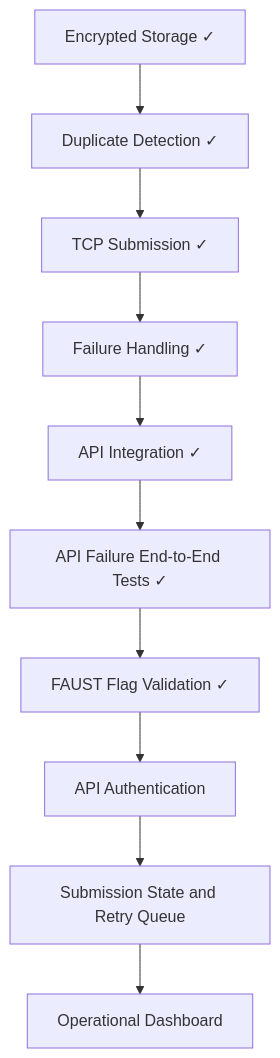
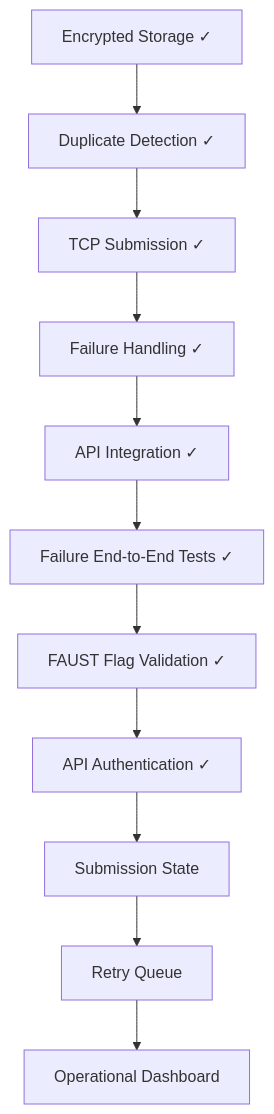
One commit to Denis-Krueger-labs/MOTH changed diagram 14 of 14 in README.md. Above: the diagram before and after it, drawn with Mermaid. The commit also changed other lines of this file, not shown here.

````diff
--- a/README.md
+++ b/README.md
@@ -947,23 +1219,25 @@
 ```mermaid
 flowchart TD
     A[Encrypted Storage ✓]
     B[Duplicate Detection ✓]
     C[TCP Submission ✓]
     D[Failure Handling ✓]
     E[API Integration ✓]
-    F[API Failure End-to-End Tests ✓]
+    F[Failure End-to-End Tests ✓]
     G[FAUST Flag Validation ✓]
-    H[API Authentication]
-    I[Submission State and Retry Queue]
-    J[Operational Dashboard]
+    H[API Authentication ✓]
+    I[Submission State]
+    J[Retry Queue]
+    K[Operational Dashboard]
 
     A --> B
     B --> C
     C --> D
     D --> E
     E --> F
     F --> G
     G --> H
     H --> I
     I --> J
+    J --> K
 ```
````
